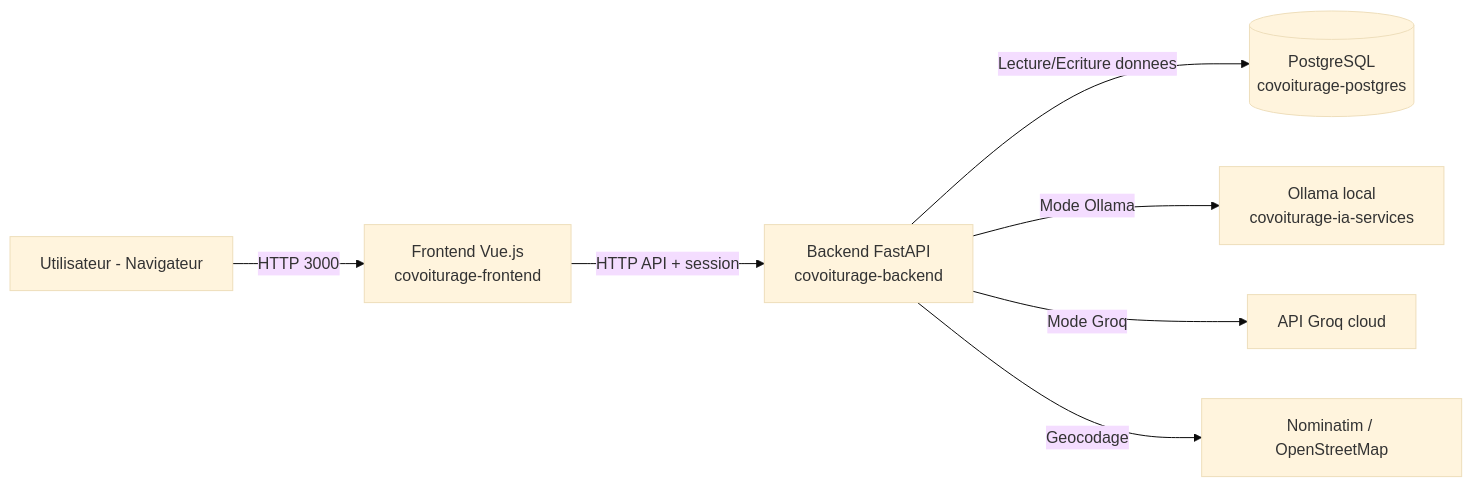
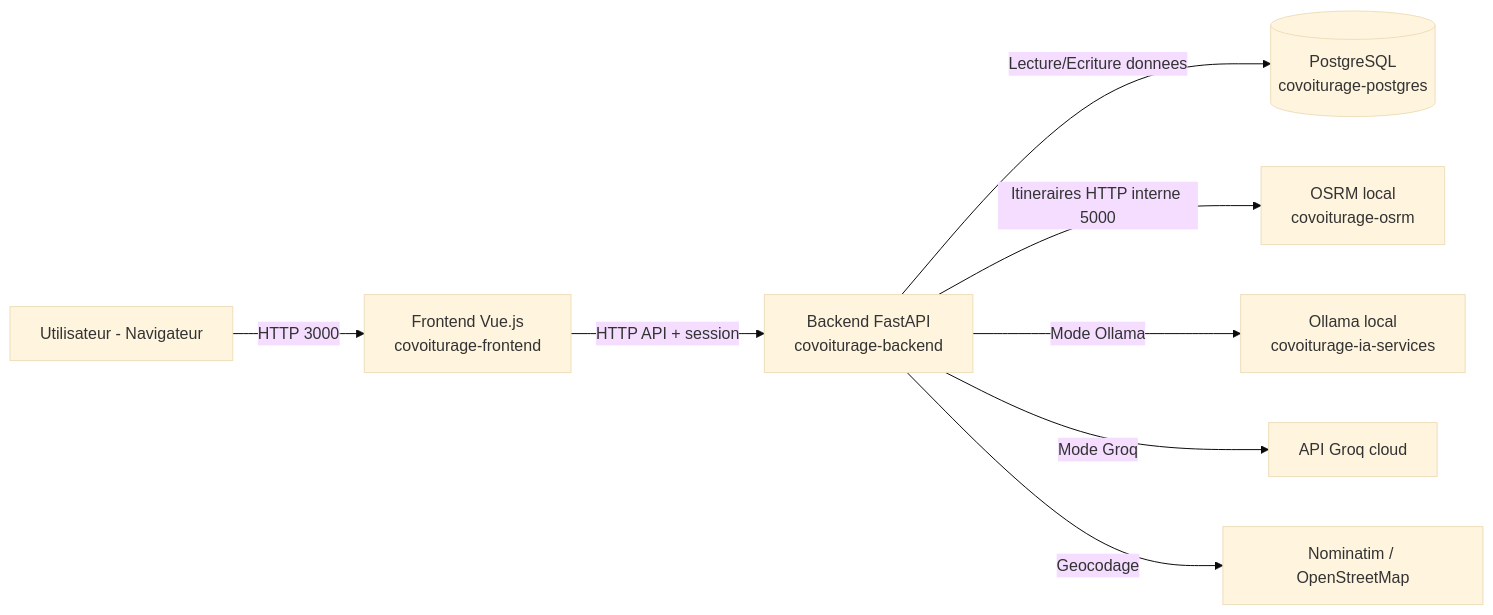
The first of 3 diagrams in doc/ARCHITECTURE.md (NaelFares/CNAM-I2-Project), drawn with Mermaid (base theme) before and after one commit. The commit also changed other lines of this file, not shown here.

Commit message:
docs: compléter l’architecture Docker et le cycle de vie OSRM

````diff
--- a/doc/ARCHITECTURE.md
+++ b/doc/ARCHITECTURE.md
@@ -14,9 +16,10 @@
 ```mermaid
 flowchart LR
   U[Utilisateur - Navigateur] -->|HTTP 3000| FE[Frontend Vue.js\ncovoiturage-frontend]
   FE -->|HTTP API + session| BE[Backend FastAPI\ncovoiturage-backend]
   BE -->|Lecture/Ecriture donnees| DB[(PostgreSQL\ncovoiturage-postgres)]
+  BE -->|Itineraires HTTP interne 5000| OSRM[OSRM local\ncovoiturage-osrm]
   BE -->|Mode Ollama| IA[Ollama local\ncovoiturage-ia-services]
   BE -->|Mode Groq| GROQ[API Groq cloud]
   BE -->|Geocodage| GEO[Nominatim / OpenStreetMap]
 ```
````
